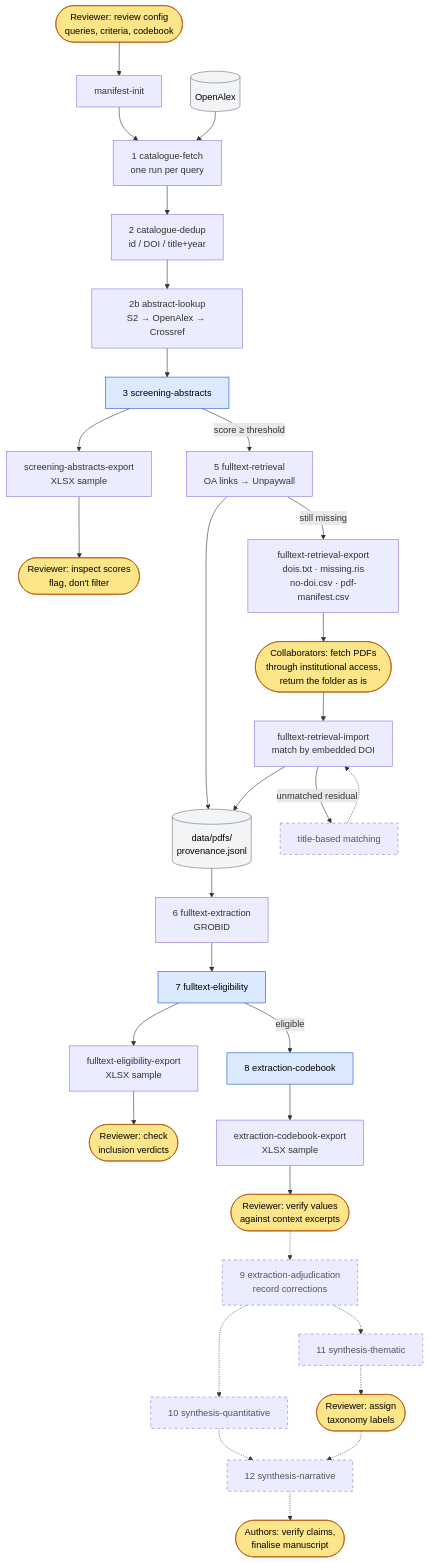
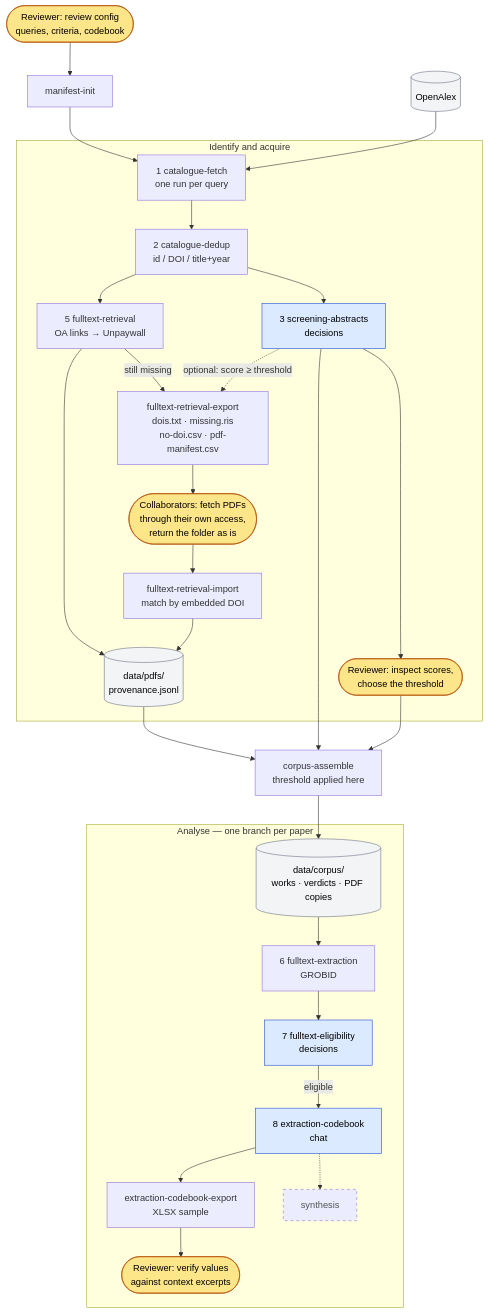
The diagram in docs/pipeline.md (geomar-od-lagrange/2026_laglitsynth), drawn with Mermaid before and after one commit. The commit also changed other lines of this file and 106 other files, not shown here.

First line of the commit message:
Pipeline restructure: acquire, then analyse (#30)

````diff
--- a/docs/pipeline.md
+++ b/docs/pipeline.md
@@ -249,45 +186,40 @@
 ```mermaid
 flowchart TD
     classDef human fill:#fde68a,stroke:#b45309,color:#000
     classDef llm fill:#dbeafe,stroke:#1d4ed8,color:#000
     classDef store fill:#f3f4f6,stroke:#6b7280,color:#000
     classDef planned stroke-dasharray: 5 5,color:#555
 
     H0([Reviewer: review config<br/>queries, criteria, codebook]):::human
     H0 --> INIT[manifest-init]
     INIT --> FETCH
     OA[(OpenAlex)]:::store --> FETCH
 
-    FETCH[1 catalogue-fetch<br/>one run per query]
-    FETCH --> DEDUP[2 catalogue-dedup<br/>id / DOI / title+year]
-    DEDUP --> ALOOK[2b abstract-lookup<br/>S2 → OpenAlex → Crossref]
-    ALOOK --> SCREEN[3 screening-abstracts]:::llm
-    SCREEN --> SX[screening-abstracts-export<br/>XLSX sample]
-    SX --> H3([Reviewer: inspect scores<br/>flag, don't filter]):::human
+    subgraph ACQ [Identify and acquire]
+        FETCH[1 catalogue-fetch<br/>one run per query]
+        FETCH --> DEDUP[2 catalogue-dedup<br/>id / DOI / title+year]
+        DEDUP --> SCREEN[3 screening-abstracts<br/>decisions]:::llm
+        DEDUP --> RETR[5 fulltext-retrieval<br/>OA links → Unpaywall]
+        RETR --> PDFS[(data/pdfs/<br/>provenance.jsonl)]:::store
+        RETR -->|still missing| EXPORT[fulltext-retrieval-export<br/>dois.txt · missing.ris<br/>no-doi.csv · pdf-manifest.csv]
+        SCREEN -.->|optional: score ≥ threshold| EXPORT
+        EXPORT --> H5([Collaborators: fetch PDFs<br/>through their own access,<br/>return the folder as is]):::human
+        H5 --> IMPORT[fulltext-retrieval-import<br/>match by embedded DOI]
+        IMPORT --> PDFS
+        SCREEN --> H3([Reviewer: inspect scores,<br/>choose the threshold]):::human
+    end
 
-    SCREEN -->|score ≥ threshold| RETR[5 fulltext-retrieval<br/>OA links → Unpaywall]
-    RETR --> PDFS[(data/pdfs/<br/>provenance.jsonl)]:::store
-    RETR -->|still missing| EXPORT[fulltext-retrieval-export<br/>dois.txt · missing.ris<br/>no-doi.csv · pdf-manifest.csv]
-    EXPORT --> H5([Collaborators: fetch PDFs<br/>through institutional access,<br/>return the folder as is]):::human
-    H5 --> IMPORT[fulltext-retrieval-import<br/>match by embedded DOI]
-    IMPORT --> PDFS
-    IMPORT -->|unmatched residual| TM[title-based matching]:::planned
-    TM -.-> IMPORT
+    PDFS --> CORPUS
+    SCREEN --> CORPUS
+    H3 --> CORPUS[corpus-assemble<br/>threshold applied here]
+    CORPUS --> CDIR[(data/corpus/<br/>works · verdicts · PDF copies)]:::store
 
-    PDFS --> GROBID[6 fulltext-extraction<br/>GROBID]
-    GROBID --> ELIG[7 fulltext-eligibility]:::llm
-    ELIG --> EX[fulltext-eligibility-export<br/>XLSX sample]
-    EX --> H7([Reviewer: check<br/>inclusion verdicts]):::human
-
-    ELIG -->|eligible| CODE[8 extraction-codebook]:::llm
-    CODE --> CX[extraction-codebook-export<br/>XLSX sample]
-    CX --> H8([Reviewer: verify values<br/>against context excerpts]):::human
-
-    H8 -.-> ADJ[9 extraction-adjudication<br/>record corrections]:::planned
-    ADJ -.-> QS[10 synthesis-quantitative]:::planned
-    ADJ -.-> TS[11 synthesis-thematic]:::planned
-    TS -.-> H11([Reviewer: assign<br/>taxonomy labels]):::human
-    QS -.-> NARR[12 synthesis-narrative]:::planned
-    H11 -.-> NARR
-    NARR -.-> H12([Authors: verify claims,<br/>finalise manuscript]):::human
+    subgraph ANA [Analyse — one branch per paper]
+        CDIR --> GROBID[6 fulltext-extraction<br/>GROBID]
+        GROBID --> ELIG[7 fulltext-eligibility<br/>decisions]:::llm
+        ELIG -->|eligible| CODE[8 extraction-codebook<br/>chat]:::llm
+        CODE --> CX[extraction-codebook-export<br/>XLSX sample]
+        CX --> H8([Reviewer: verify values<br/>against context excerpts]):::human
+        CODE -.-> SYN[synthesis]:::planned
+    end
 ```
````
